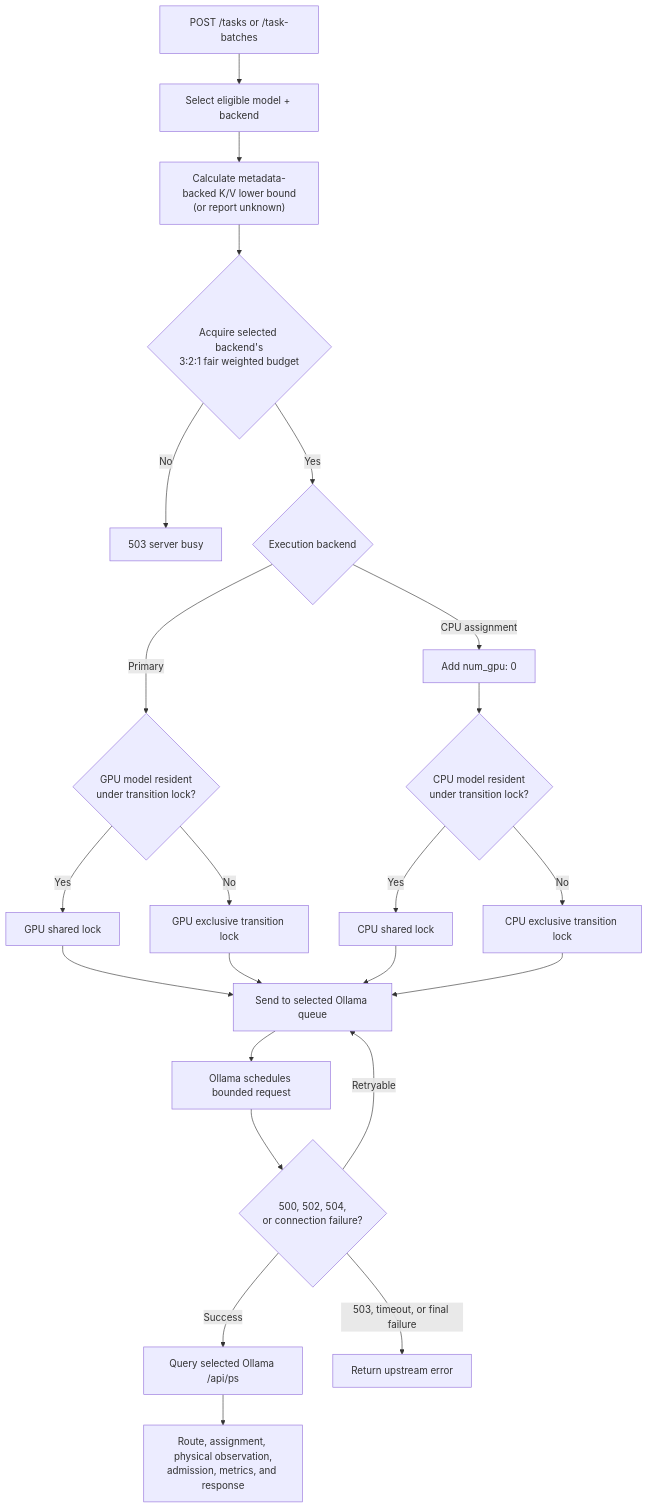
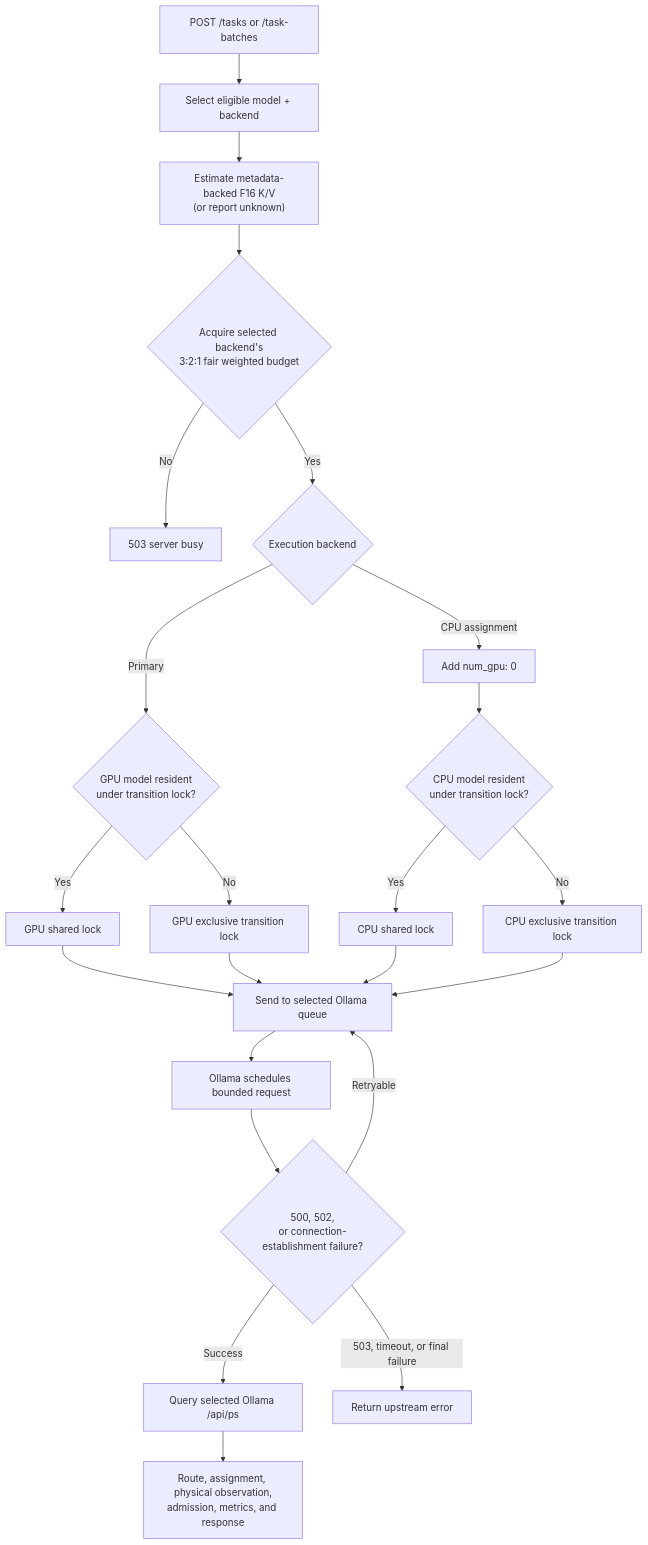
One commit to bgauryy/FreeLlama changed the sixth of 10 diagrams in docs/ARCHITECTURE.md. Above: the diagram before and after it, drawn with Mermaid. The commit also changed other lines of this file and 229 other files, not shown here.

````diff
--- a/docs/ARCHITECTURE.md
+++ b/docs/ARCHITECTURE.md
@@ -203,25 +235,25 @@
 ```mermaid
 flowchart TD
     T["POST /tasks or /task-batches"] --> R["Select eligible model + backend"]
-    R --> K["Calculate metadata-backed K/V lower bound<br/>(or report unknown)"]
+    R --> K["Estimate metadata-backed F16 K/V<br/>(or report unknown)"]
     K --> A{"Acquire selected backend's<br/>3:2:1 fair weighted budget"}
     A -->|"No"| E503["503 server busy"]
     A -->|"Yes"| B{"Execution backend"}
     B -->|"Primary"| GL{"GPU model resident<br/>under transition lock?"}
     B -->|"CPU assignment"| CO["Add num_gpu: 0"]
     CO --> CL{"CPU model resident<br/>under transition lock?"}
     GL -->|"Yes"| GR["GPU shared lock"]
     GL -->|"No"| GX["GPU exclusive transition lock"]
     CL -->|"Yes"| CR["CPU shared lock"]
     CL -->|"No"| CX["CPU exclusive transition lock"]
     GR --> OQ["Send to selected Ollama queue"]
     GX --> OQ
     CR --> OQ
     CX --> OQ
     OQ --> SEND["Ollama schedules bounded request"]
-    SEND --> RETRY{"500, 502, 504,<br/>or connection failure?"}
+    SEND --> RETRY{"500, 502,<br/>or connection-establishment failure?"}
     RETRY -->|"Retryable"| OQ
     RETRY -->|"Success"| OBS["Query selected Ollama /api/ps"]
     OBS --> OUT["Route, assignment, physical observation,<br/>admission, metrics, and response"]
     RETRY -->|"503, timeout, or final failure"| ERR["Return upstream error"]
 ```
````
